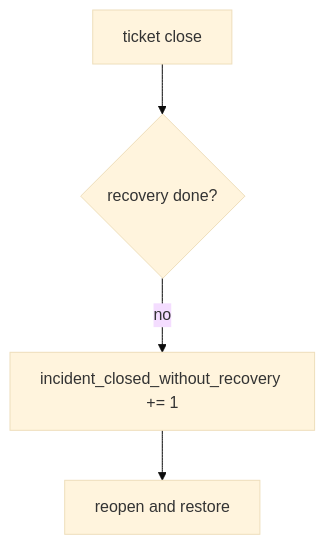
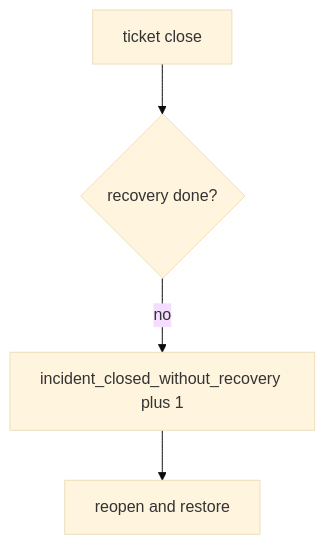
One commit to ishitvagoel/LearnSecurity changed the diagram in content/modules/10/10.5/lessons/06-operate.md. Above: the diagram before and after it, drawn with Mermaid (base theme). The commit also changed other lines of this file and 28 other files, not shown here.

````diff
--- a/content/modules/10/10.5/lessons/06-operate.md
+++ b/content/modules/10/10.5/lessons/06-operate.md
@@ -13,6 +13,6 @@
 ```mermaid
 flowchart TD
   Close[ticket close] --> Rec{recovery done?}
-  Rec -->|no| Metric["incident_closed_without_recovery += 1"]
+  Rec -->|no| Metric["incident_closed_without_recovery plus 1"]
   Metric --> Reopen[reopen and restore]
 ```
````
